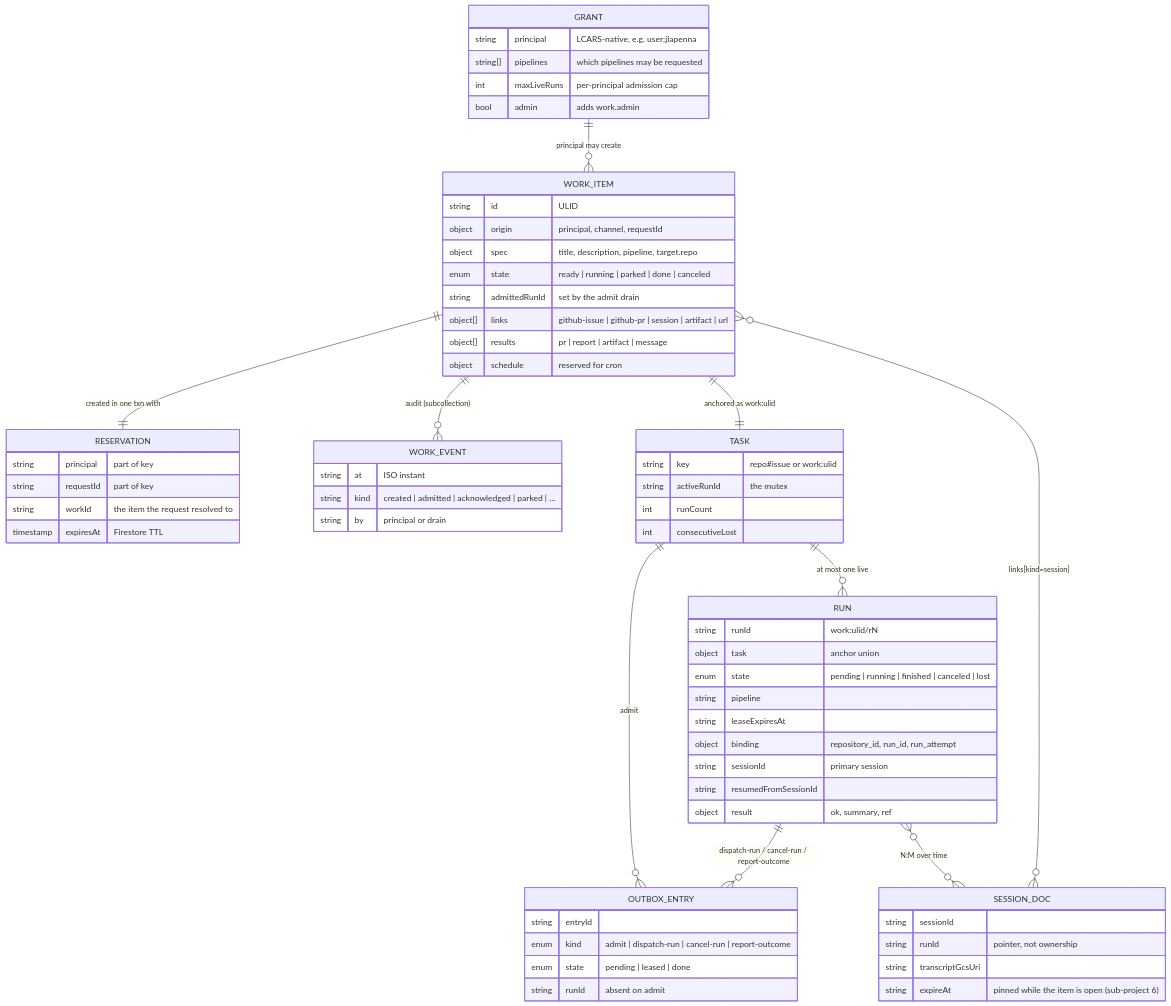
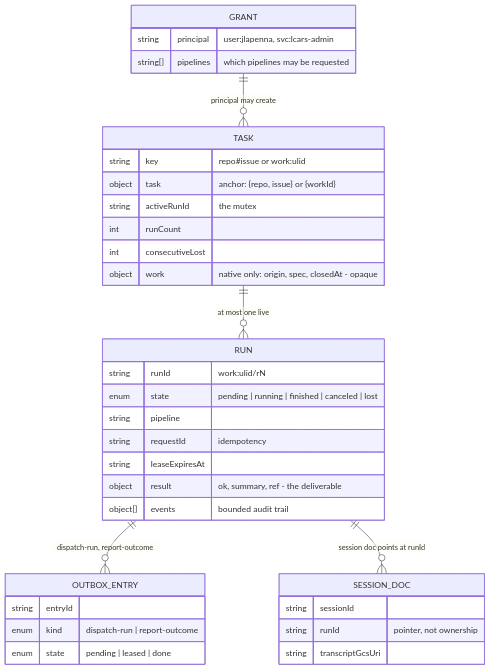
The second of 4 diagrams in docs/superpowers/specs/2026-08-23-native-work-items-design.md (jlapenna/agent-lcars), drawn with Mermaid before and after one commit. The commit also changed other lines of this file, not shown here.

First line of the commit message:
docs(work): rewrite the spec on the one-store model

````diff
--- a/docs/superpowers/specs/2026-08-23-native-work-items-design.md
+++ b/docs/superpowers/specs/2026-08-23-native-work-items-design.md
@@ -89,69 +102,39 @@
 ```mermaid
 erDiagram
-  GRANT ||--o{ WORK_ITEM : "principal may create"
-  WORK_ITEM ||--|| RESERVATION : "created in one txn with"
-  WORK_ITEM ||--o{ WORK_EVENT : "audit (subcollection)"
-  WORK_ITEM ||--|| TASK : "anchored as work:ulid"
+  GRANT ||--o{ TASK : "principal may create"
   TASK ||--o{ RUN : "at most one live"
-  TASK ||--o{ OUTBOX_ENTRY : "admit"
-  RUN ||--o{ OUTBOX_ENTRY : "dispatch-run / cancel-run / report-outcome"
-  RUN }o--o{ SESSION_DOC : "N:M over time"
-  WORK_ITEM }o--o{ SESSION_DOC : "links[kind=session]"
+  RUN ||--o{ OUTBOX_ENTRY : "dispatch-run, report-outcome"
+  RUN ||--o{ SESSION_DOC : "session doc points at runId"
 
   GRANT {
-    string principal "LCARS-native, e.g. user:jlapenna"
+    string principal "user:jlapenna, svc:lcars-admin"
     string[] pipelines "which pipelines may be requested"
-    int maxLiveRuns "per-principal admission cap"
-    bool admin "adds work.admin"
-  }
-  WORK_ITEM {
-    string id "ULID"
-    object origin "principal, channel, requestId"
-    object spec "title, description, pipeline, target.repo"
-    enum state "ready | running | parked | done | canceled"
-    string admittedRunId "set by the admit drain"
-    object[] links "github-issue | github-pr | session | artifact | url"
-    object[] results "pr | report | artifact | message"
-    object schedule "reserved for cron"
-  }
-  RESERVATION {
-    string principal "part of key"
-    string requestId "part of key"
-    string workId "the item the request resolved to"
-    timestamp expiresAt "Firestore TTL"
-  }
-  WORK_EVENT {
-    string at "ISO instant"
-    string kind "created | admitted | acknowledged | parked | ..."
-    string by "principal or drain"
   }
   TASK {
     string key "repo#issue or work:ulid"
+    object task "anchor: {repo, issue} or {workId}"
     string activeRunId "the mutex"
     int runCount
     int consecutiveLost
+    object work "native only: origin, spec, closedAt - opaque"
   }
   RUN {
     string runId "work:ulid/rN"
-    object task "anchor union"
     enum state "pending | running | finished | canceled | lost"
     string pipeline
+    string requestId "idempotency"
     string leaseExpiresAt
-    object binding "repository_id, run_id, run_attempt"
-    string sessionId "primary session"
-    string resumedFromSessionId
-    object result "ok, summary, ref"
+    object result "ok, summary, ref - the deliverable"
+    object[] events "bounded audit trail"
   }
   OUTBOX_ENTRY {
     string entryId
-    enum kind "admit | dispatch-run | cancel-run | report-outcome"
+    enum kind "dispatch-run | report-outcome"
     enum state "pending | leased | done"
-    string runId "absent on admit"
   }
   SESSION_DOC {
     string sessionId
     string runId "pointer, not ownership"
     string transcriptGcsUri
-    string expireAt "pinned while the item is open (sub-project 6)"
   }
 ```
````
